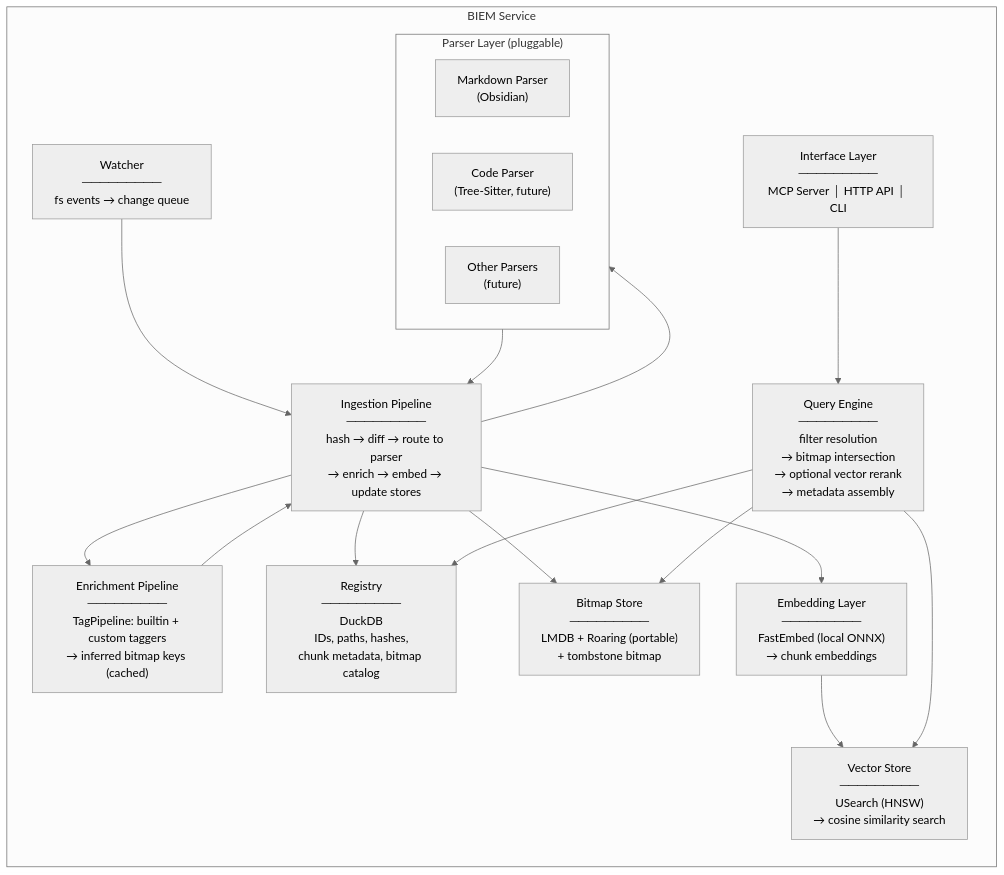
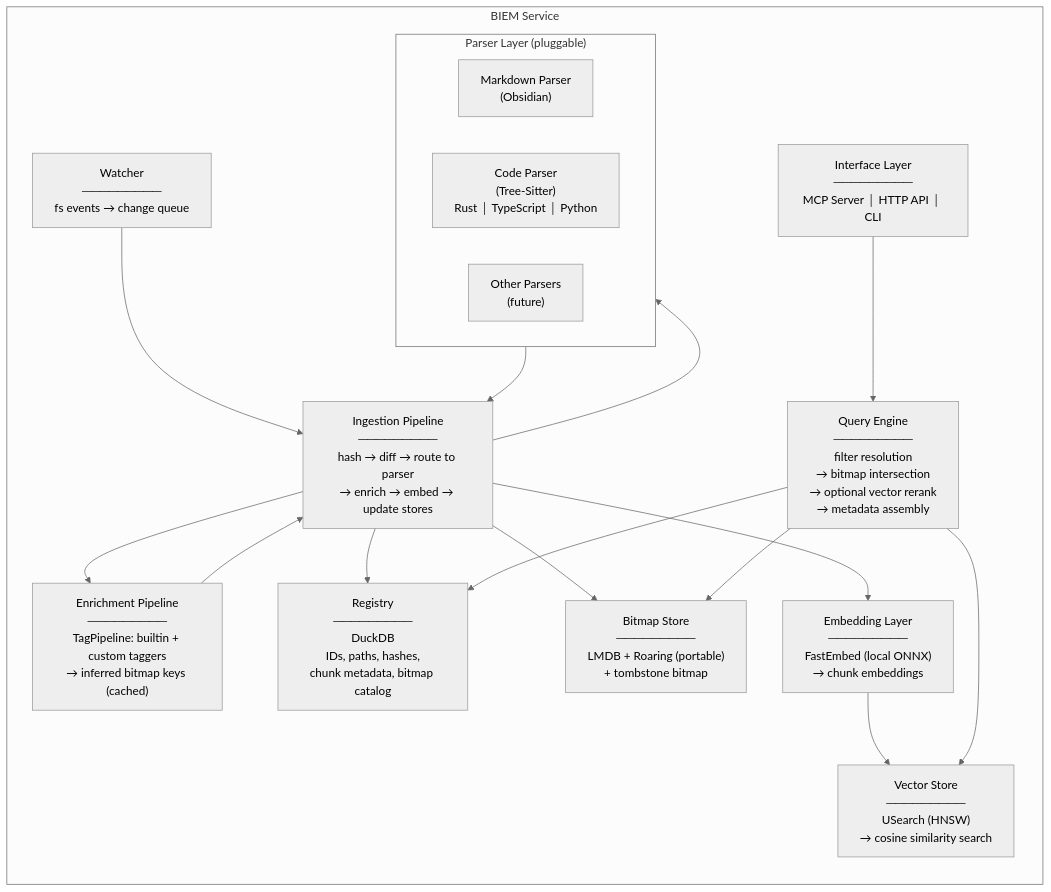
Before and after one commit to locusd-ai/locus: the second of 9 diagrams in docs/architecture/001-system-overview.md, drawn with Mermaid (neutral theme). The commit also changed other lines of this file and 5 other files, not shown here.

````diff
--- a/docs/architecture/001-system-overview.md
+++ b/docs/architecture/001-system-overview.md
@@ -62,44 +62,44 @@
 ```mermaid
 graph TB
     subgraph BIEM["BIEM Service"]
         direction TB
 
         WATCH["Watcher<br/>─────────<br/>fs events → change queue"]
 
         subgraph Parsing["Parser Layer (pluggable)"]
             P_MD["Markdown Parser<br/>(Obsidian)"]
-            P_CODE["Code Parser<br/>(Tree-Sitter, future)"]
+            P_CODE["Code Parser<br/>(Tree-Sitter)<br/>Rust │ TypeScript │ Python"]
             P_OTHER["Other Parsers<br/>(future)"]
         end
 
         ENRICH["Enrichment Pipeline<br/>─────────<br/>TagPipeline: builtin + custom taggers<br/>→ inferred bitmap keys (cached)"]
 
         INGEST["Ingestion Pipeline<br/>─────────<br/>hash → diff → route to parser<br/>→ enrich → embed → update stores"]
 
         BITMAP["Bitmap Store<br/>─────────<br/>LMDB + Roaring (portable)<br/>+ tombstone bitmap"]
 
         REG["Registry<br/>─────────<br/>DuckDB<br/>IDs, paths, hashes,<br/>chunk metadata, bitmap catalog"]
 
         EMBED["Embedding Layer<br/>─────────<br/>FastEmbed (local ONNX)<br/>→ chunk embeddings"]
 
         VECTOR["Vector Store<br/>─────────<br/>USearch (HNSW)<br/>→ cosine similarity search"]
 
         QUERY["Query Engine<br/>─────────<br/>filter resolution<br/>→ bitmap intersection<br/>→ optional vector rerank<br/>→ metadata assembly"]
 
         IFACE["Interface Layer<br/>─────────<br/>MCP Server │ HTTP API │ CLI"]
     end
 
     WATCH --> INGEST
     INGEST --> Parsing
     Parsing --> INGEST
     INGEST --> ENRICH
     ENRICH --> INGEST
     INGEST --> REG
     INGEST --> BITMAP
     INGEST --> EMBED
     EMBED --> VECTOR
     IFACE --> QUERY
     QUERY --> BITMAP
     QUERY --> REG
     QUERY --> VECTOR
 ```
````
